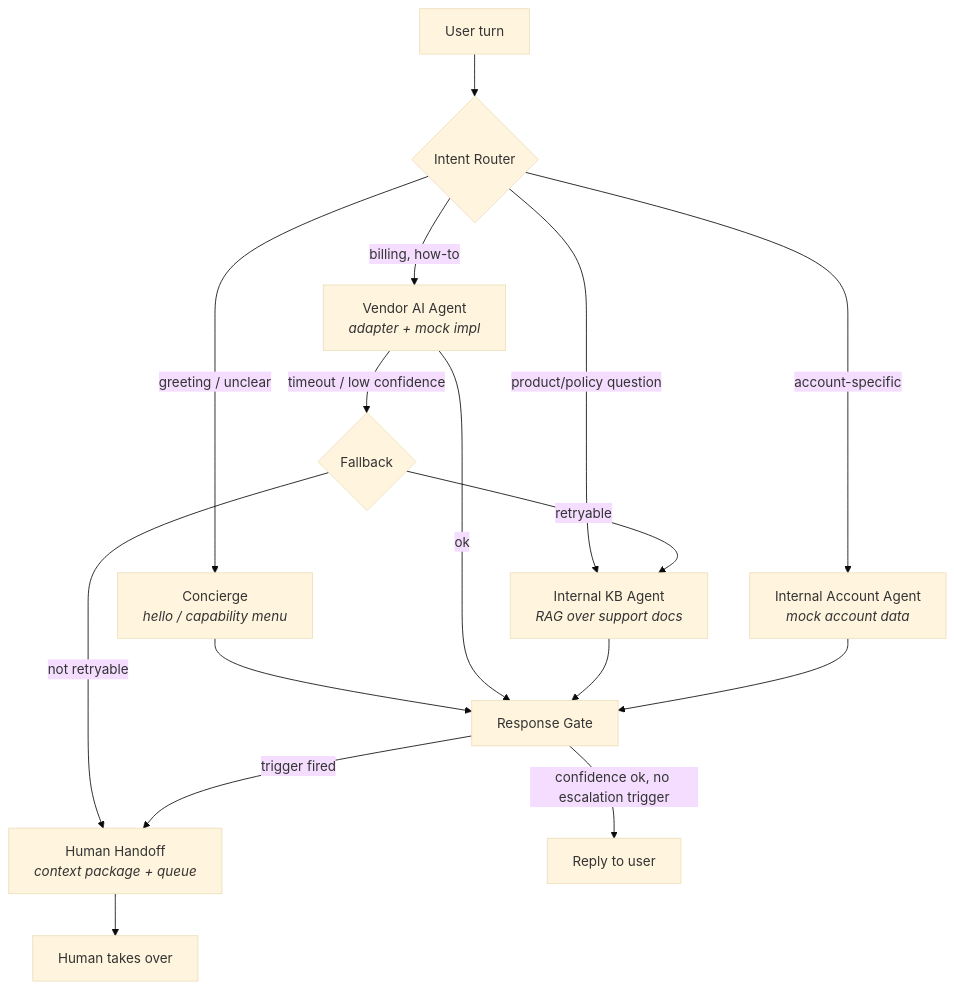
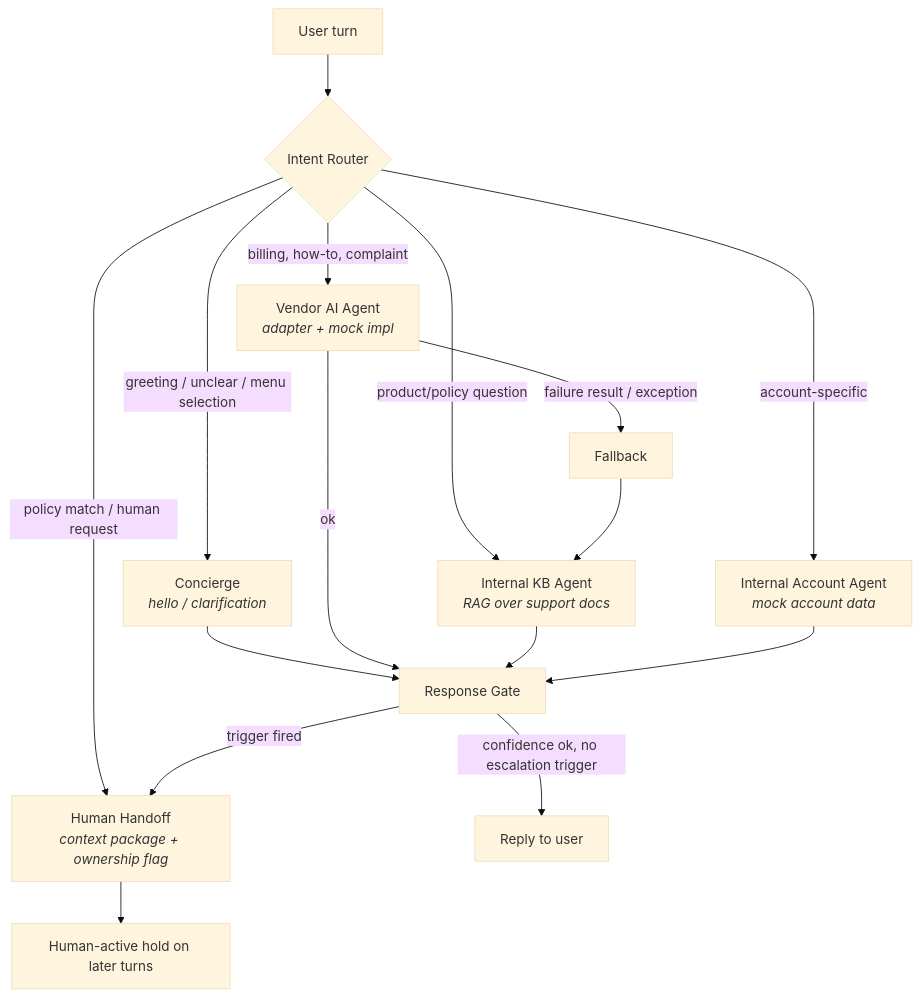
The diagram in DESIGN_DOC.md (el-gabri/ledgerly), drawn with Mermaid (base theme) before and after one commit. The commit also changed other lines of this file and 41 other files, not shown here.

````diff
--- a/DESIGN_DOC.md
+++ b/DESIGN_DOC.md
@@ -21,18 +21,18 @@
 ```mermaid
 flowchart TD
     U[User turn] --> R{Intent Router}
-    R -->|billing, how-to| V[Vendor AI Agent<br/><i>adapter + mock impl</i>]
+    R -->|policy match / human request| H
+    R -->|billing, how-to, complaint| V[Vendor AI Agent<br/><i>adapter + mock impl</i>]
     R -->|product/policy question| K[Internal KB Agent<br/><i>RAG over support docs</i>]
     R -->|account-specific| A[Internal Account Agent<br/><i>mock account data</i>]
-    R -->|greeting / unclear| C[Concierge<br/><i>hello / capability menu</i>]
+    R -->|greeting / unclear / menu selection| C[Concierge<br/><i>hello / clarification</i>]
     C --> G
     V -->|ok| G[Response Gate]
     K --> G
     A --> G
-    V -->|timeout / low confidence| F{Fallback}
-    F -->|retryable| K
-    F -->|not retryable| H
+    V -->|failure result / exception| F[Fallback]
+    F --> K
     G -->|confidence ok, no escalation trigger| OUT[Reply to user]
-    G -->|trigger fired| H[Human Handoff<br/><i>context package + queue</i>]
-    H --> OUT2[Human takes over]
+    G -->|trigger fired| H[Human Handoff<br/><i>context package + ownership flag</i>]
+    H --> OUT2[Human-active hold on later turns]
 ```
````
